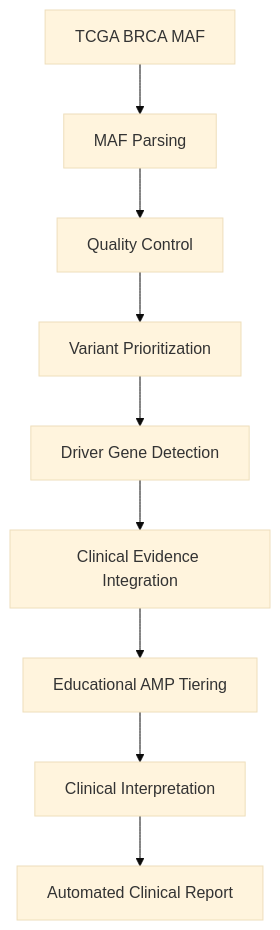
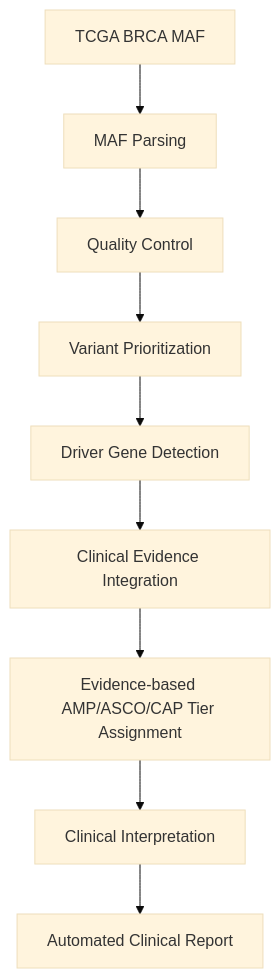
One commit to mimansakul/Clinical_Cancer_Genomics_Pipeline changed the first of 3 diagrams in README.md. Above: the diagram before and after it, drawn with Mermaid (base theme).

````diff
--- a/README.md
+++ b/README.md
@@ -12,21 +12,21 @@
 ```mermaid
 flowchart TD
 
 A[TCGA BRCA MAF]
 
 A --> B[MAF Parsing]
 
 B --> C[Quality Control]
 
 C --> D[Variant Prioritization]
 
 D --> E[Driver Gene Detection]
 
 E --> F[Clinical Evidence Integration]
 
-F --> G[Educational AMP Tiering]
+F --> G[Evidence-based AMP/ASCO/CAP Tier Assignment]
 
 G --> H[Clinical Interpretation]
 
 H --> I[Automated Clinical Report]
 ```
````
